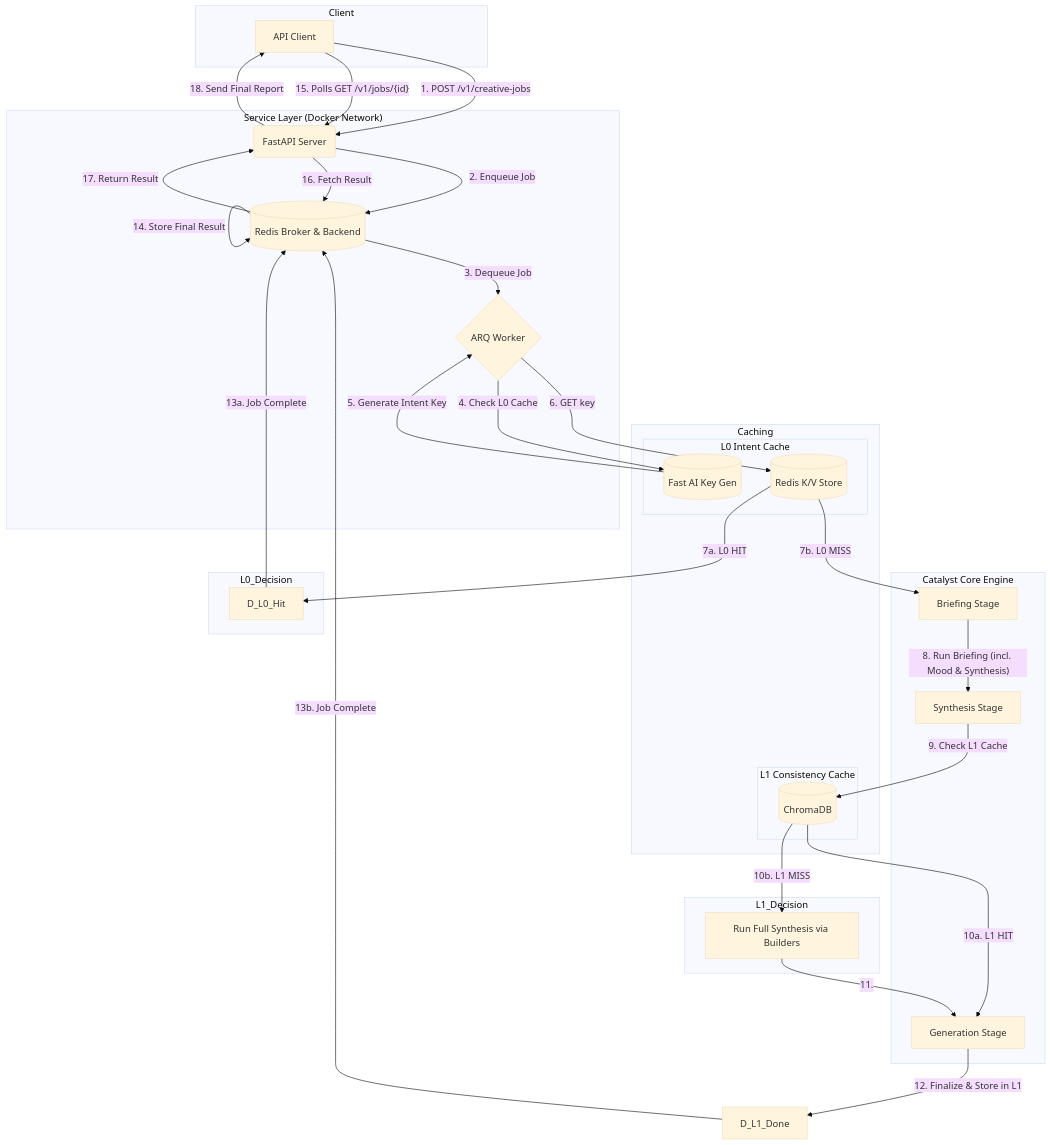
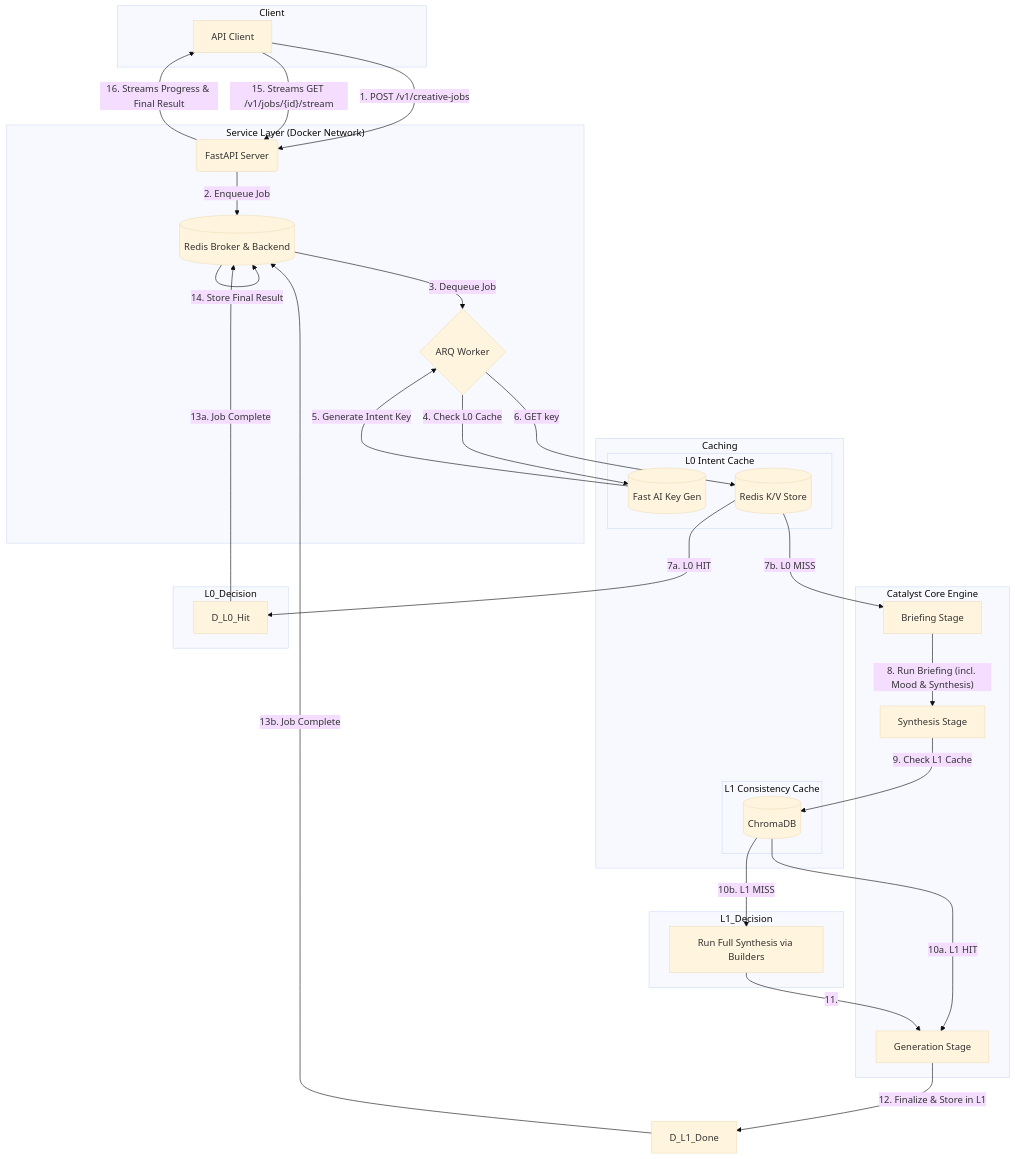
Before and after one commit to MTawhid7/creative-catalyst-engine: the diagram in README.md, drawn with Mermaid (base theme). The commit also changed other lines of this file and 58 other files, not shown here.

````diff
--- a/README.md
+++ b/README.md
@@ -204,55 +211,53 @@
 ```mermaid
 graph TD
     subgraph Client
         A[API Client]
     end
 
     subgraph "Service Layer (Docker Network)"
         B(FastAPI Server)
         D{ARQ Worker}
         C[(Redis Broker & Backend)]
     end
 
     subgraph Caching
         subgraph L0_Cache [L0 Intent Cache]
             L0_AI[(Fast AI Key Gen)]
             L0_Redis[(Redis K/V Store)]
         end
         subgraph L1_Cache [L1 Consistency Cache]
             L1_Chroma[(ChromaDB)]
         end
     end
 
     subgraph Core_Engine [Catalyst Core Engine]
         E[Briefing Stage]
         F[Synthesis Stage]
         G[Generation Stage]
     end
 
     A -- 1. POST /v1/creative-jobs --> B
     B -- 2. Enqueue Job --> C
     C -- 3. Dequeue Job --> D
 
     D -- 4. Check L0 Cache --> L0_AI
     L0_AI -- 5. Generate Intent Key --> D
     D -- 6. GET key --> L0_Redis
 
     subgraph L0_Decision; L0_Redis -- 7a. L0 HIT --> D_L0_Hit; L0_Redis -- 7b. L0 MISS --> E; end
 
     E -- 8. Run Briefing (incl. Mood & Synthesis) --> F
     F -- 9. Check L1 Cache --> L1_Chroma
 
     subgraph L1_Decision; L1_Chroma -- 10a. L1 HIT --> G; L1_Chroma -- 10b. L1 MISS --> F_Run; end
 
     F_Run[Run Full Synthesis via Builders] -- 11. --> G
     G -- 12. Finalize & Store in L1 --> D_L1_Done
 
     D_L0_Hit -- 13a. Job Complete --> C
     D_L1_Done -- 13b. Job Complete --> C
     C -- 14. Store Final Result --> C
 
-    A -- 15. Polls GET /v1/jobs/{id} --> B
-    B -- 16. Fetch Result --> C
-    C -- 17. Return Result --> B
-    B -- 18. Send Final Report --> A
+    A -- 15. Streams GET /v1/jobs/{id}/stream --> B
+    B -- 16. Streams Progress & Final Result --> A
 ```
````
